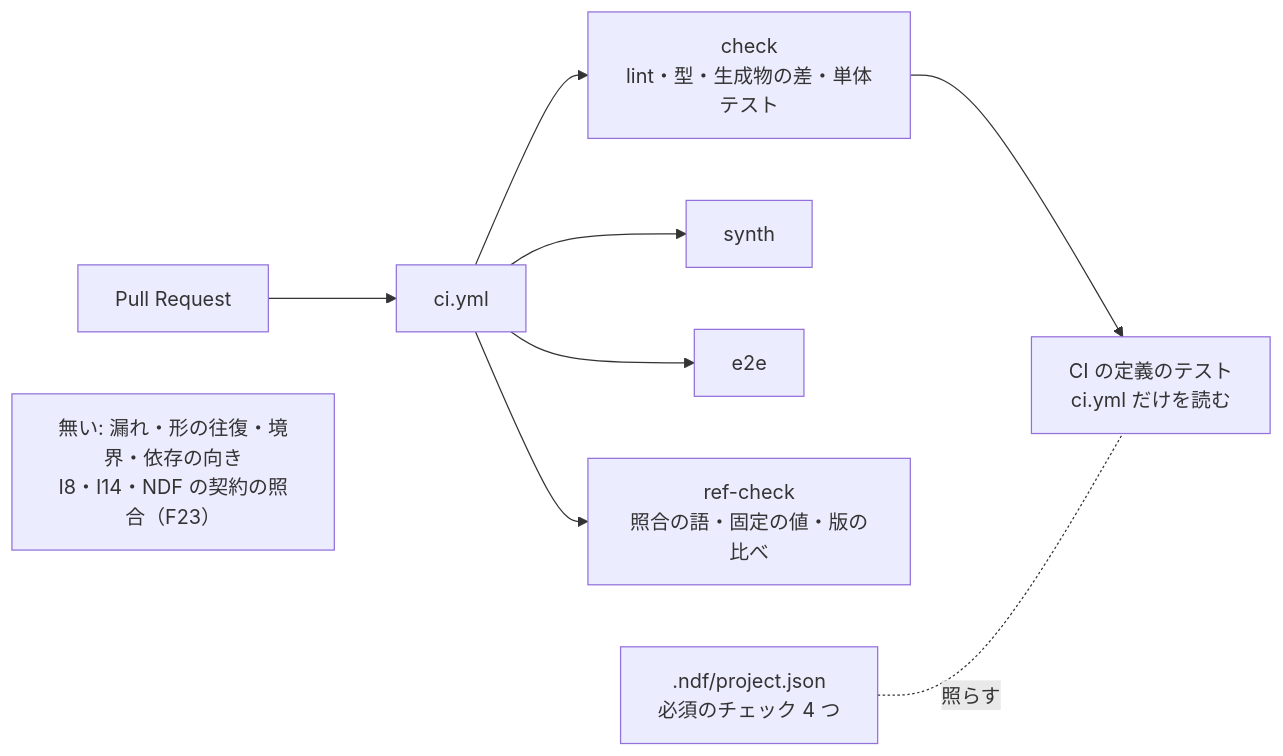
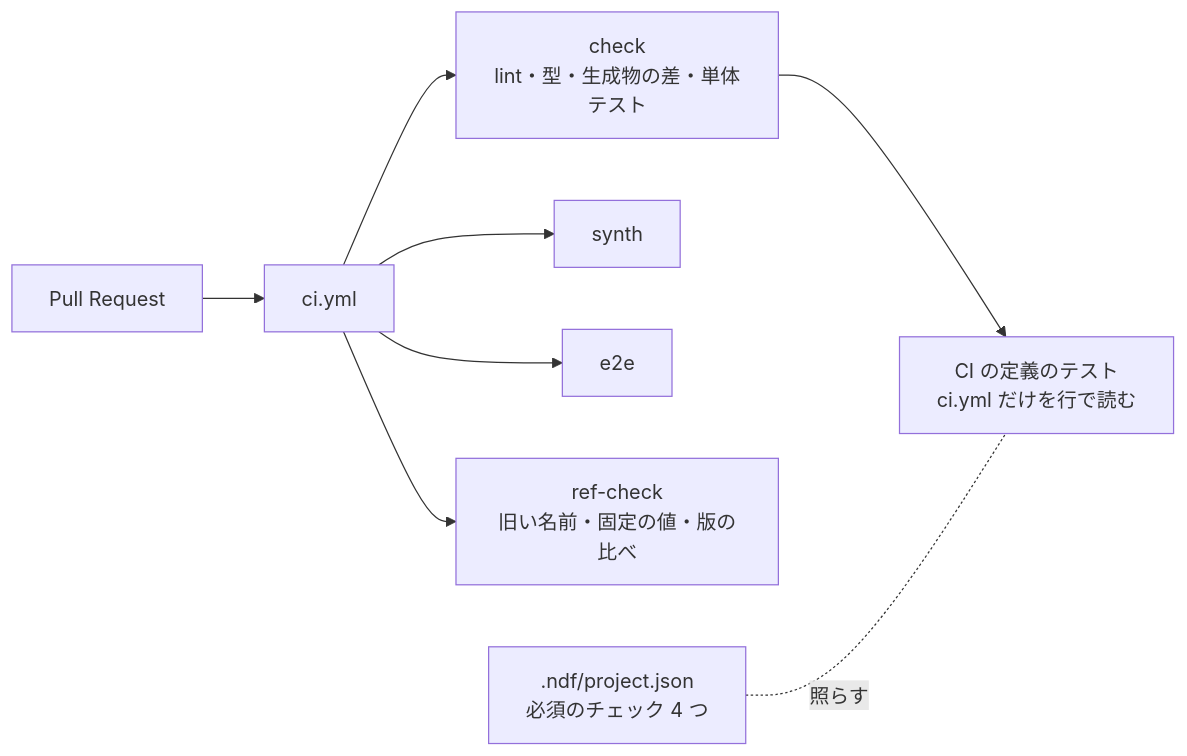
The first of 2 diagrams in issues/issue-1-design.md (devbasex/nd-factory), drawn with Mermaid before and after one commit. The commit also changed other lines of this file and 5 other files, not shown here.

````diff
--- a/issues/issue-1-design.md
+++ b/issues/issue-1-design.md
@@ -9,11 +9,10 @@
 ```mermaid
 flowchart LR
     pr["Pull Request"] --> ci["ci.yml"]
     ci --> check["check<br/>lint・型・生成物の差・単体テスト"]
     ci --> synth["synth"]
     ci --> e2e["e2e"]
-    ci --> ref["ref-check<br/>照合の語・固定の値・版の比べ"]
-    check --> cidef["CI の定義のテスト<br/>ci.yml だけを読む"]
+    ci --> ref["ref-check<br/>旧い名前・固定の値・版の比べ"]
+    check --> cidef["CI の定義のテスト<br/>ci.yml だけを行で読む"]
     decl[".ndf/project.json<br/>必須のチェック 4 つ"] -.照らす.- cidef
-    missing["無い: 漏れ・形の往復・境界・依存の向き<br/>I8・I14・NDF の契約の照合（F23）"]
 ```
````
